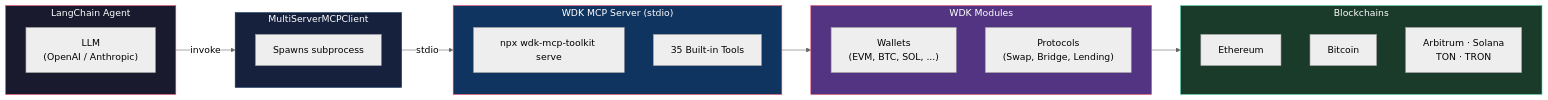
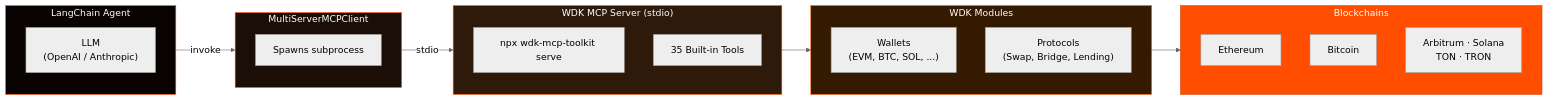
Before and after one commit to gatteo/wdk-docs: the diagram in ai/mcp-toolkit/langchain.md, drawn with Mermaid (neutral theme). The commit also changed 21 other files, not shown here.

Commit message:
docs: update all mermaid diagrams to WDK branding colors (#FF4E00 orange, #080201 dark)

````diff
--- a/ai/mcp-toolkit/langchain.md
+++ b/ai/mcp-toolkit/langchain.md
@@ -27,39 +27,39 @@
 ```mermaid
 graph LR
     subgraph Agent["LangChain Agent"]
         LLM["LLM\n(OpenAI / Anthropic)"]
     end
 
     subgraph MCP_Client["MultiServerMCPClient"]
         SPAWN["Spawns subprocess"]
     end
 
     subgraph MCP_Server["WDK MCP Server (stdio)"]
         SERVE["npx wdk-mcp-toolkit serve"]
         TOOLS["35 Built-in Tools"]
     end
 
     subgraph WDK["WDK Modules"]
         direction TB
         W["Wallets\n(EVM, BTC, SOL, ...)"]
         P["Protocols\n(Swap, Bridge, Lending)"]
     end
 
     subgraph BC["Blockchains"]
         direction TB
         ETH["Ethereum"]
         BTC["Bitcoin"]
         MORE["Arbitrum · Solana\nTON · TRON"]
     end
 
     Agent -->|"invoke"| MCP_Client
     MCP_Client -->|"stdio"| MCP_Server
     MCP_Server --> WDK
     WDK --> BC
 
-    style Agent fill:#1a1a2e,stroke:#e94560,color:#fff
-    style MCP_Client fill:#16213e,stroke:#0f3460,color:#fff
-    style MCP_Server fill:#0f3460,stroke:#e94560,color:#fff
-    style WDK fill:#533483,stroke:#e94560,color:#fff
-    style BC fill:#1a3a2a,stroke:#4ecca3,color:#fff
+    style Agent fill:#080201,stroke:#FF4E00,color:#fff
+    style MCP_Client fill:#1a0e06,stroke:#FF4E00,color:#fff
+    style MCP_Server fill:#2d1a0a,stroke:#FF4E00,color:#fff
+    style WDK fill:#331a00,stroke:#FF4E00,color:#fff
+    style BC fill:#FF4E00,stroke:#cc3e00,color:#fff
 ```
````
